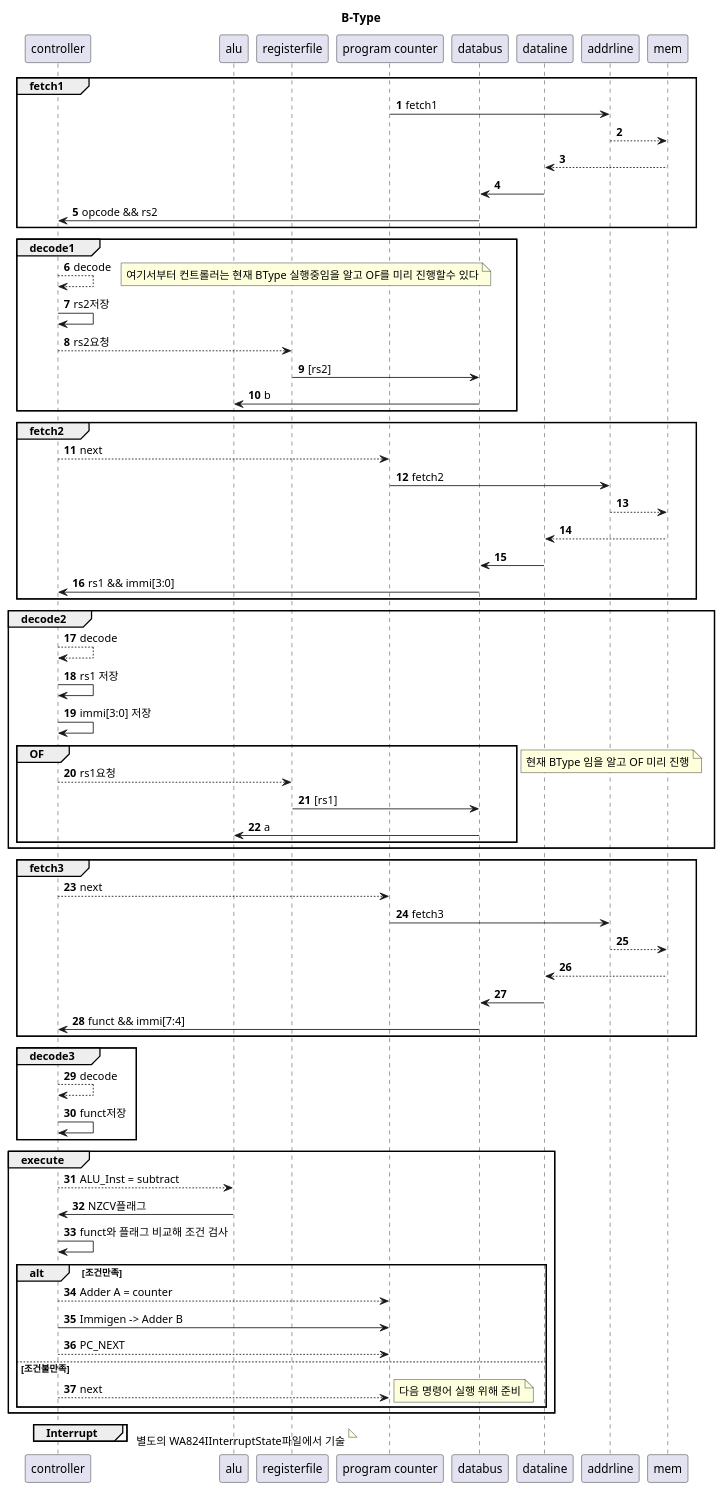
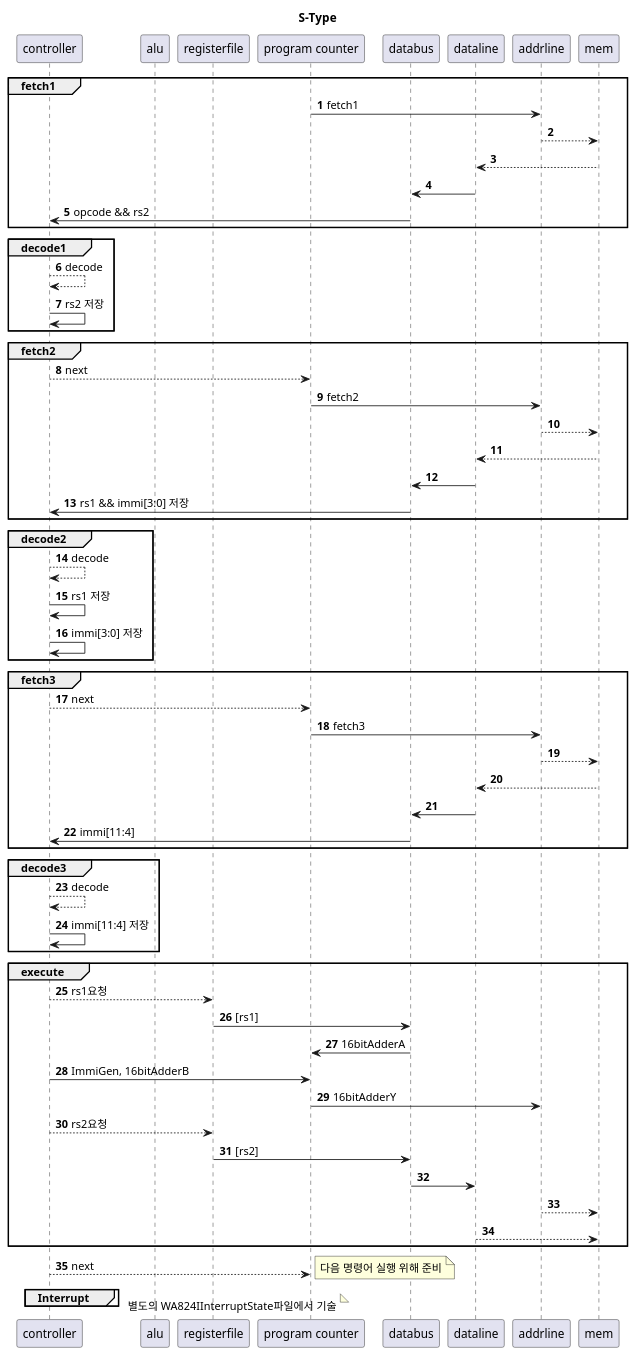
Before and after one commit to BeomjunKim-3p/wach: the diagram in wa824/docs/core/I/WA824ISTypeFlow.puml, drawn with PlantUML. The commit also changed 3 other files, not shown here.

Commit message:
Docs: fix control flow file

```diff
--- a/wa824/docs/core/I/WA824ISTypeFlow.puml
+++ b/wa824/docs/core/I/WA824ISTypeFlow.puml
@@ -1,81 +1,74 @@
 @startuml
-title B-Type
+title S-Type
 autonumber
 participant controller         as ct
 participant alu                as al
 participant registerfile       as rf
 participant "program counter"  as pc
 participant databus            as db
 participant dataline           as dl
-participant addrline           as adl
+participant addrline           as ad
 participant mem                as me
 
 group fetch1
-  pc -> adl : fetch1
-  adl --> me
+  pc -> ad : fetch1
+  ad --> me
   me --> dl
   dl -> db
   db -> ct : opcode && rs2
 end
 
 group decode1
   ct --> ct : decode
-  note right: 여기서부터 컨트롤러는 현재 BType 실행중임을 알고 OF를 미리 진행할수 있다
-  ct -> ct : rs2저장
-  ct --> rf : rs2요청
-  rf -> db : [rs2]
-  db -> al : b
+  ct -> ct : rs2 저장
 end
 
 group fetch2
   ct --> pc : next
-  pc -> adl : fetch2
-  adl --> me
+  pc -> ad : fetch2
+  ad --> me
   me --> dl
   dl -> db
-  db -> ct : rs1 && immi[3:0]
+  db -> ct : rs1 && immi[3:0] 저장
 end
 
 group decode2
   ct --> ct : decode
   ct -> ct : rs1 저장
   ct -> ct : immi[3:0] 저장
-  group OF
-    ct --> rf : rs1요청
-    rf -> db : [rs1]
-    db -> al : a
-  end
-  note right: 현재 BType 임을 알고 OF 미리 진행
 end
 
 group fetch3
   ct --> pc : next
-  pc -> adl : fetch3
-  adl --> me
+  pc -> ad : fetch3
+  ad --> me
   me --> dl
   dl -> db
-  db -> ct : funct && immi[7:4]
+  db -> ct : immi[11:4]
 end
 
 group decode3
   ct --> ct : decode
-  ct -> ct : funct저장
+  ct -> ct : immi[11:4] 저장
 end
+
 group execute
-  ct --> al : ALU_Inst = subtract
-  al -> ct : NZCV플래그
-  ct -> ct : funct와 플래그 비교해 조건 검사
-  alt 조건만족
-    ct --> pc : Adder A = counter
-    ct -> pc : Immigen -> Adder B
-    ct --> pc : PC_NEXT
-  else 조건불만족
-    ct --> pc : next
-    note right: 다음 명령어 실행 위해 준비
-  end
+  ct --> rf : rs1요청
+  rf -> db : [rs1]
+  db -> pc : 16bitAdderA
+  ct -> pc : ImmiGen, 16bitAdderB
+  pc -> ad : 16bitAdderY
+  ct --> rf: rs2요청
+  rf -> db : [rs2]
+  db -> dl
+  ad --> me
+  dl --> me
 end
+
+ct --> pc : next
+note right: 다음 명령어 실행 위해 준비
 
 group Interrupt
 end
 note right: 별도의 WA824IInterruptState파일에서 기술
 @enduml
```
